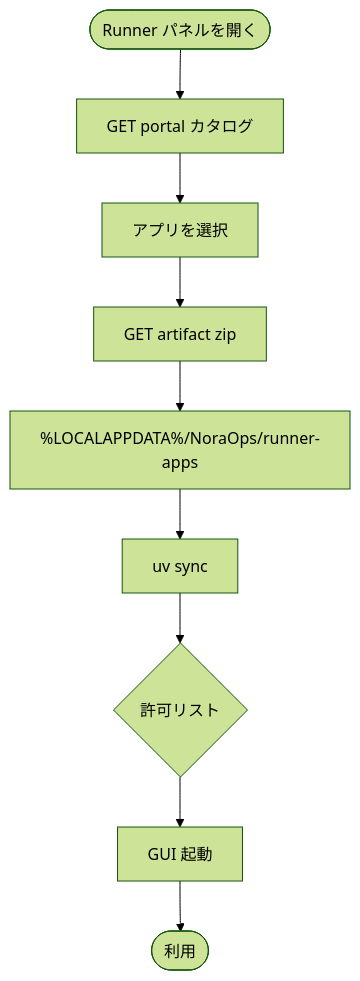
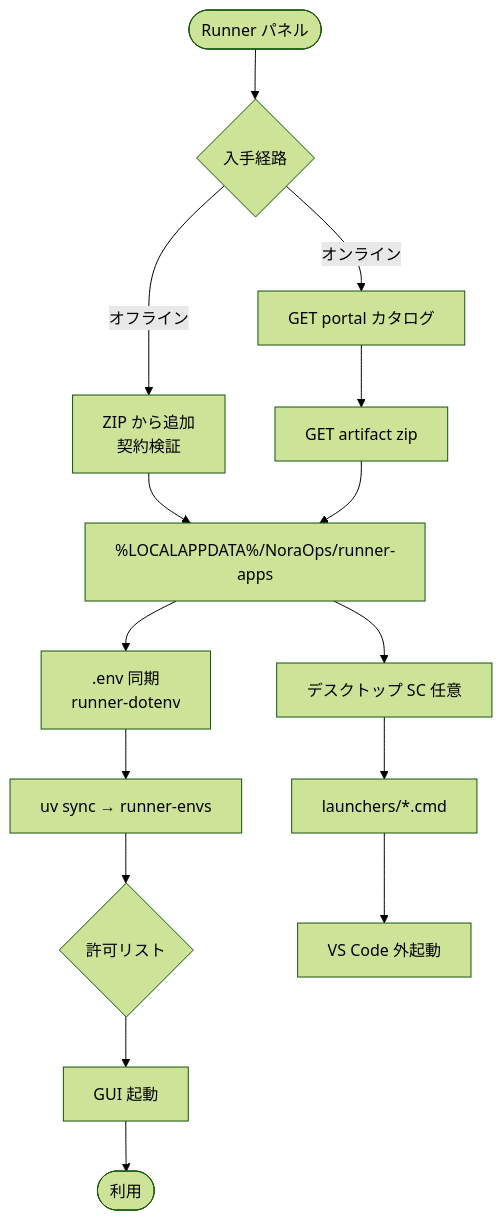
Before and after one commit to smyrk2031/NoraOps: the fifth of 7 diagrams in docs/flows/02-ユーザ利用フロー.md, drawn with Mermaid (forest theme). The commit also changed other lines of this file and 87 other files, not shown here.

First line of the commit message:
release: v0.24.0 — Runner SC, ZIP import, Connect/Prompt, docs overhaul

````diff
--- a/docs/flows/02-ユーザ利用フロー.md
+++ b/docs/flows/02-ユーザ利用フロー.md
@@ -105,11 +130,17 @@
 ```mermaid
 flowchart TD
-  Start([Runner パネルを開く]) --> Cat[GET portal カタログ]
-  Cat --> Pick[アプリを選択]
-  Pick --> Art[GET artifact zip]
+  Start([Runner パネル]) --> Path{入手経路}
+  Path -->|オンライン| Cat[GET portal カタログ]
+  Path -->|オフライン| Zip[ZIP から追加<br/>契約検証]
+  Cat --> Art[GET artifact zip]
+  Zip --> Cache
   Art --> Cache[%LOCALAPPDATA%/NoraOps/runner-apps]
-  Cache --> Sync[uv sync]
+  Cache --> Dotenv[.env 同期<br/>runner-dotenv]
+  Dotenv --> Sync[uv sync → runner-envs]
   Sync --> Allow2{許可リスト}
   Allow2 --> Run[GUI 起動]
   Run --> End([利用])
+  Cache --> SC[デスクトップ SC 任意]
+  SC --> Cmd[launchers/*.cmd]
+  Cmd --> Standalone[VS Code 外起動]
 ```
````
